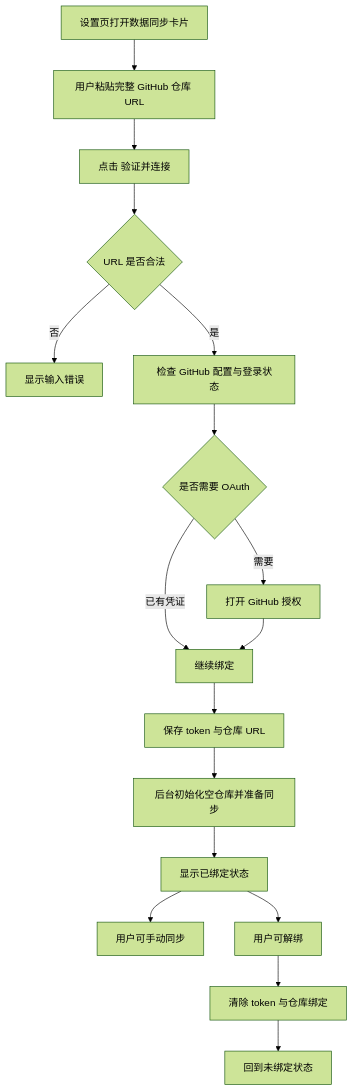
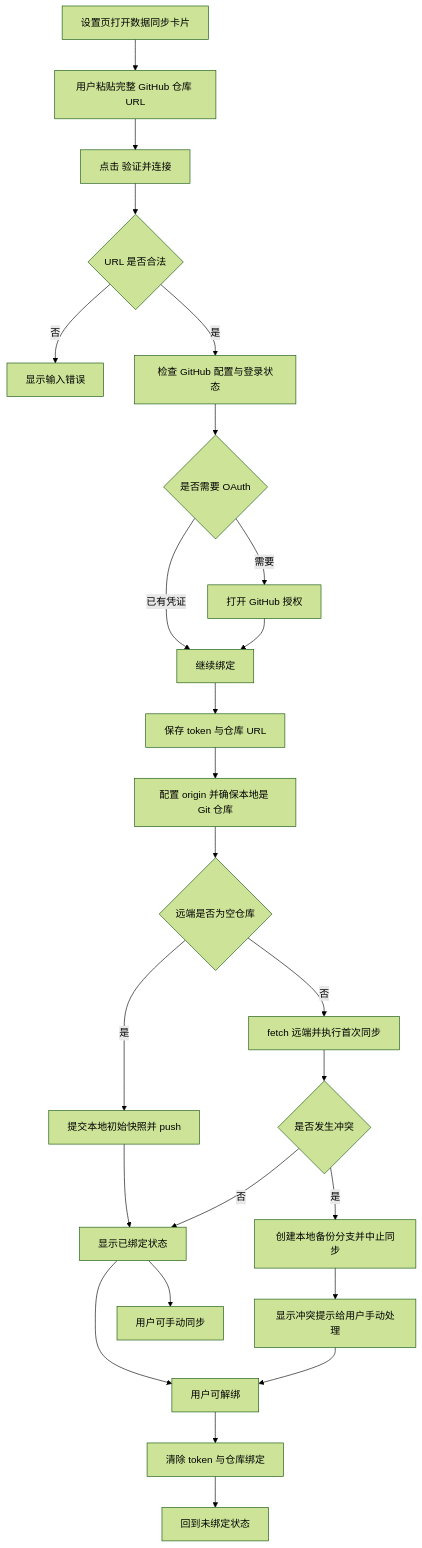
One commit to CBookShu/tomato_app changed the diagram in docs/superpowers/specs/2026-05-13-github-sync-binding-design.md. Above: the diagram before and after it, drawn with Mermaid (forest theme). The commit also changed other lines of this file, not shown here.

````diff
--- a/docs/superpowers/specs/2026-05-13-github-sync-binding-design.md
+++ b/docs/superpowers/specs/2026-05-13-github-sync-binding-design.md
@@ -29,19 +37,27 @@
 ```mermaid
 flowchart TD
   A[设置页打开数据同步卡片] --> B[用户粘贴完整 GitHub 仓库 URL]
   B --> C[点击 验证并连接]
   C --> D{URL 是否合法}
   D -- 否 --> E[显示输入错误]
   D -- 是 --> F[检查 GitHub 配置与登录状态]
   F --> G{是否需要 OAuth}
   G -- 需要 --> H[打开 GitHub 授权]
   G -- 已有凭证 --> I[继续绑定]
   H --> I
   I --> J[保存 token 与仓库 URL]
-  J --> K[后台初始化空仓库并准备同步]
-  K --> L[显示已绑定状态]
-  L --> M[用户可手动同步]
-  L --> N[用户可解绑]
-  N --> O[清除 token 与仓库绑定]
-  O --> P[回到未绑定状态]
+  J --> K[配置 origin 并确保本地是 Git 仓库]
+  K --> L{远端是否为空仓库}
+  L -- 是 --> M[提交本地初始快照并 push]
+  L -- 否 --> N[fetch 远端并执行首次同步]
+  M --> O[显示已绑定状态]
+  N --> P{是否发生冲突}
+  P -- 否 --> O
+  P -- 是 --> Q[创建本地备份分支并中止同步]
+  Q --> R[显示冲突提示给用户手动处理]
+  O --> S[用户可手动同步]
+  O --> T[用户可解绑]
+  R --> T
+  T --> U[清除 token 与仓库绑定]
+  U --> V[回到未绑定状态]
 ```
````
